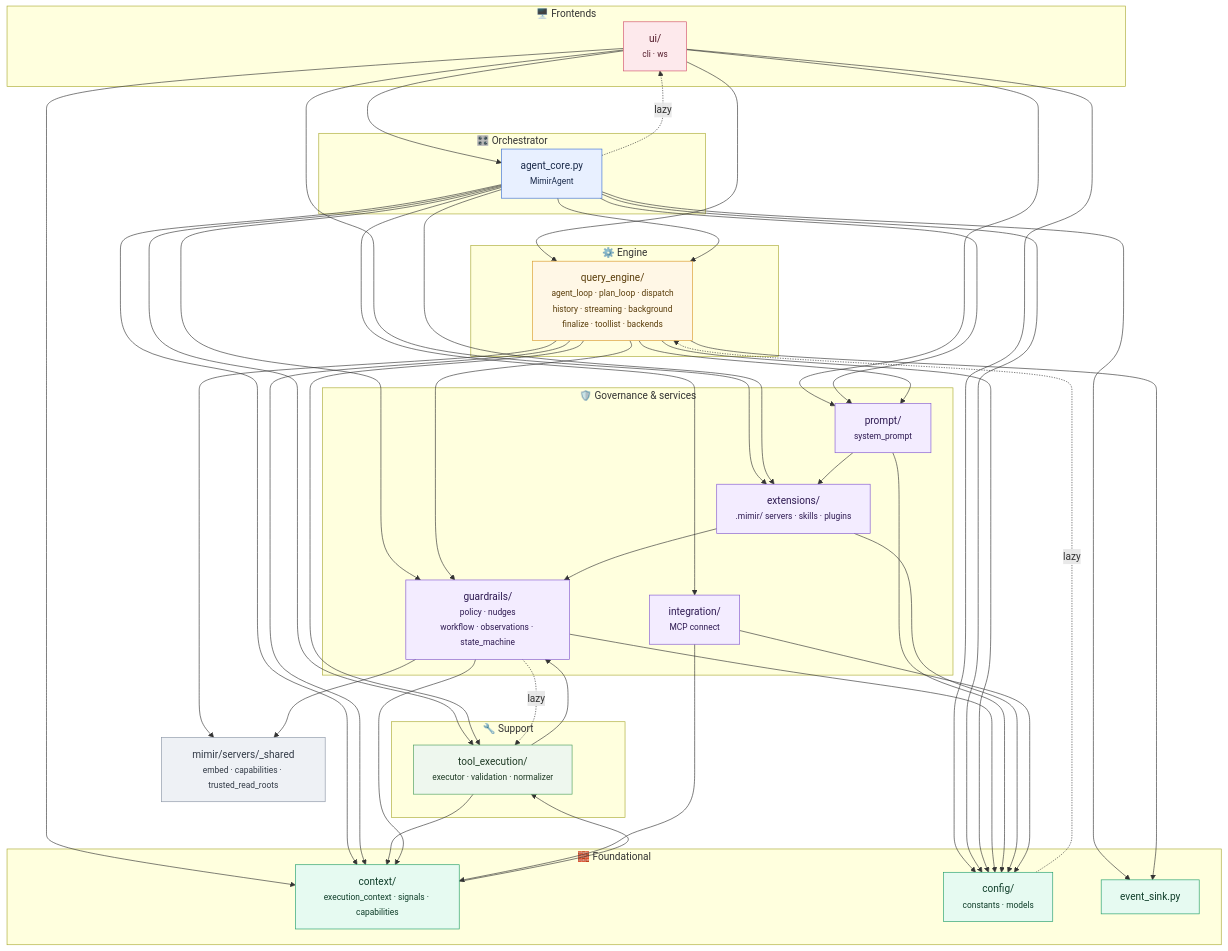
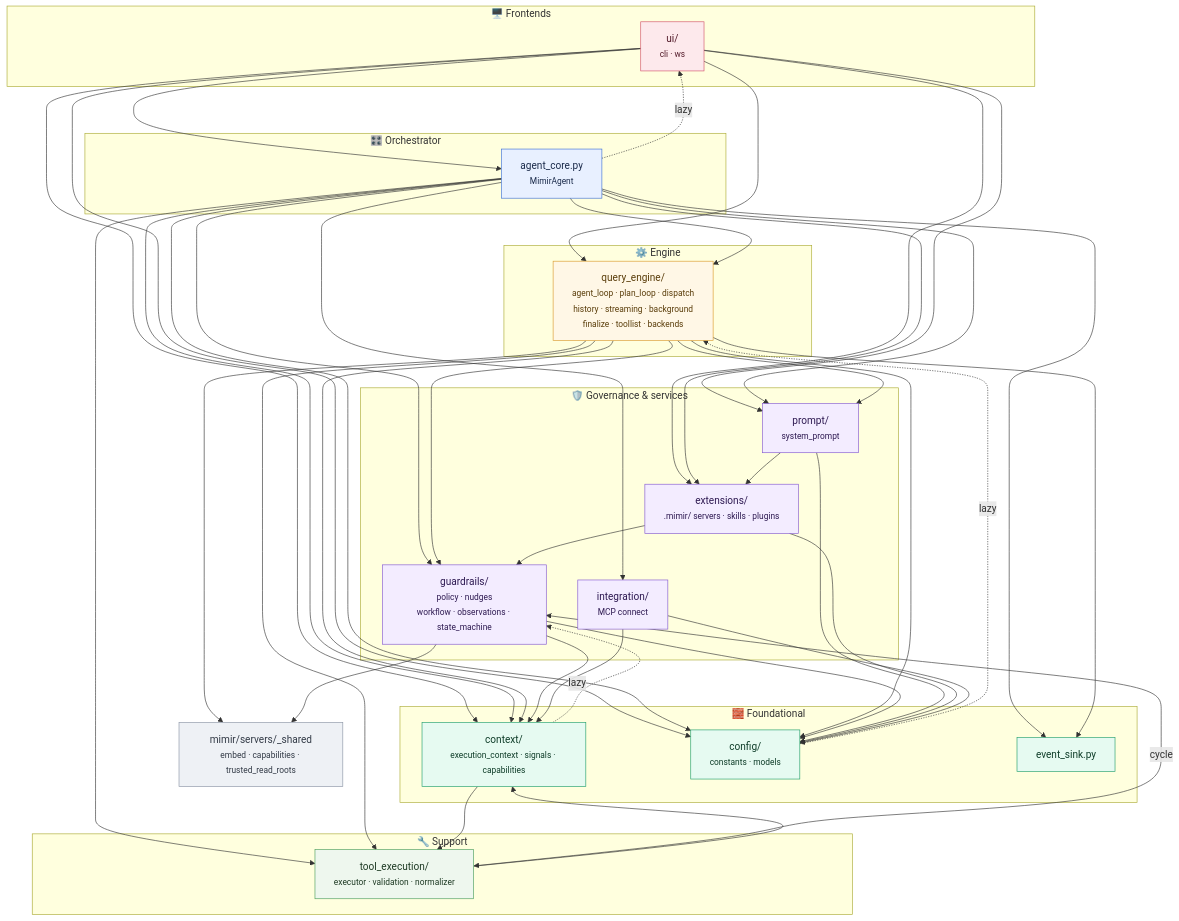
One commit to MIMIR-LLM4CSE/MIMIR changed the diagram in ARCHITECTURE.md. Above: the diagram before and after it, drawn with Mermaid. The commit also changed other lines of this file, not shown here.

First line of the commit message:
The dependency graph admits its cycle

```diff
--- a/ARCHITECTURE.md
+++ b/ARCHITECTURE.md
@@ -62,9 +64,8 @@
     qe --> srv
     cfg -.->|lazy| qe
 
-    te --> guard
+    te <-->|cycle| guard
     te --> ctx
-    guard -.->|lazy| te
 
     guard --> ctx
     guard --> cfg
@@ -77,6 +78,7 @@
     integ --> ctx
     integ --> cfg
     ctx --> te
+    ctx -.->|lazy| guard
 
     classDef fnd fill:#e6faf1,stroke:#1f9d6a,color:#0f3d29;
     classDef sup fill:#eef7ee,stroke:#4a9d5b,color:#1e3a24;
```
